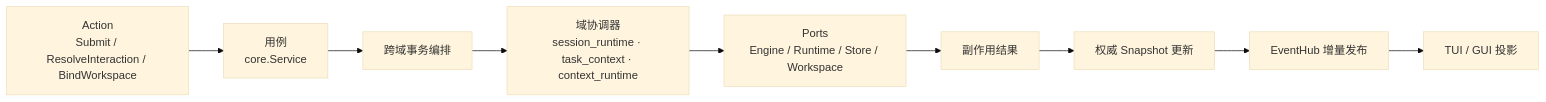
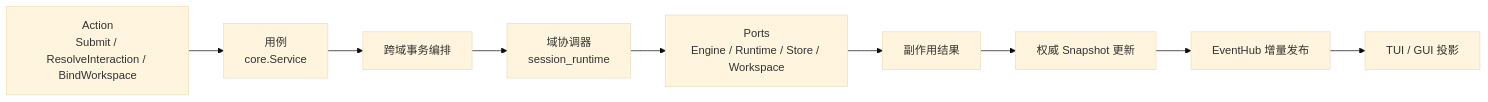
Before and after one commit to RedHuang-0622/seelex: the fourth of 5 diagrams in application/README.md, drawn with Mermaid (base theme). The commit also changed other lines of this file and 55 other files, not shown here.

First line of the commit message:
refactor(arch): M5-R7e context_runtime 整包归位 backend/engine/context（plan §2.5）

````diff
--- a/application/README.md
+++ b/application/README.md
@@ -216,11 +216,11 @@
 ```mermaid
 flowchart LR
     ACTION["Action<br/>Submit / ResolveInteraction / BindWorkspace"] --> USE["用例<br/>core.Service"]
     USE --> TX["跨域事务编排"]
-    TX --> DOM["域协调器<br/>session_runtime · task_context · context_runtime"]
+    TX --> DOM["域协调器<br/>session_runtime"]
     DOM --> PORT["Ports<br/>Engine / Runtime / Store / Workspace"]
     PORT --> RESULT["副作用结果"]
     RESULT --> SNAP["权威 Snapshot 更新"]
     SNAP --> EV["EventHub 增量发布"]
     EV --> PROJ["TUI / GUI 投影"]
 ```
````
